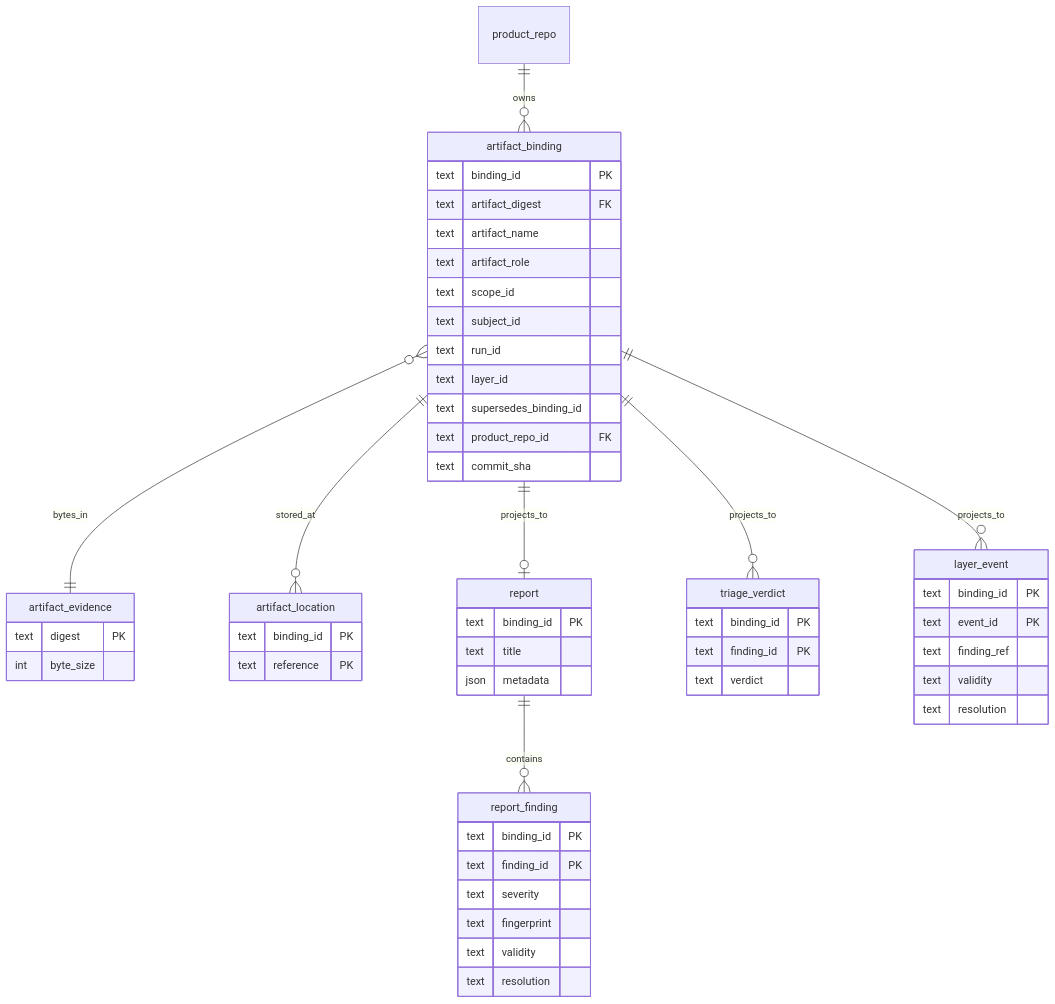
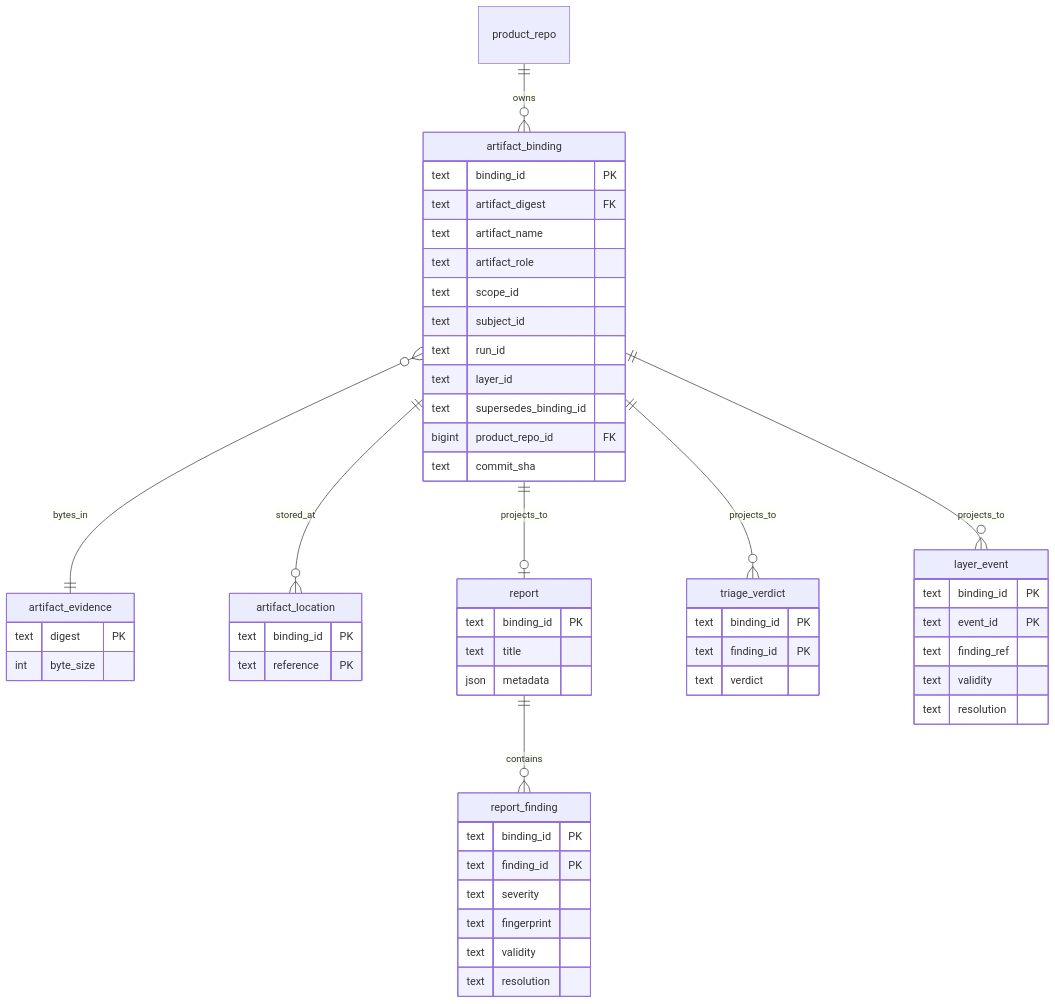
One commit to openshift/traust-contracts changed the third of 4 diagrams in docs/data-model.md. Above: the diagram before and after it, drawn with Mermaid. The commit also changed other lines of this file and 49 other files, not shown here.

````diff
--- a/docs/data-model.md
+++ b/docs/data-model.md
@@ -97,57 +99,57 @@
 ```mermaid
 erDiagram
   product_repo ||--o{ artifact_binding : owns
   artifact_binding }o--|| artifact_evidence : bytes_in
   artifact_binding ||--o{ artifact_location : stored_at
   artifact_binding ||--o| report : projects_to
   report ||--o{ report_finding : contains
   artifact_binding ||--o{ triage_verdict : projects_to
   artifact_binding ||--o{ layer_event : projects_to
 
   artifact_evidence {
     text digest PK
     int byte_size
   }
   artifact_binding {
     text binding_id PK
     text artifact_digest FK
     text artifact_name
     text artifact_role
     text scope_id
     text subject_id
     text run_id
     text layer_id
     text supersedes_binding_id
-    text product_repo_id FK
+    bigint product_repo_id FK
     text commit_sha
   }
   artifact_location {
     text binding_id PK
     text reference PK
   }
   report {
     text binding_id PK
     text title
     json metadata
   }
   report_finding {
     text binding_id PK
     text finding_id PK
     text severity
     text fingerprint
     text validity
     text resolution
   }
   triage_verdict {
     text binding_id PK
     text finding_id PK
     text verdict
   }
   layer_event {
     text binding_id PK
     text event_id PK
     text finding_ref
     text validity
     text resolution
   }
 ```
````
